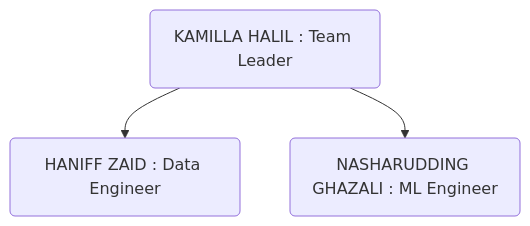
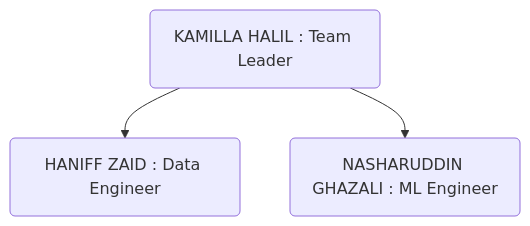
Before and after one commit to kameerahariru/KoNoHa-Property: the diagram in README.md, drawn with Mermaid. The commit also changed other lines of this file, not shown here.

````diff
--- a/README.md
+++ b/README.md
@@ -45,5 +89,5 @@
 ```mermaid
 graph TD;
     A(KAMILLA HALIL : Team Leader)-->B(HANIFF ZAID : Data Engineer);
-    A(KAMILLA HALIL : Team Leader)-->C(NASHARUDDING GHAZALI : ML Engineer);
+    A(KAMILLA HALIL : Team Leader)-->C(NASHARUDDIN GHAZALI : ML Engineer);
 ```
````
